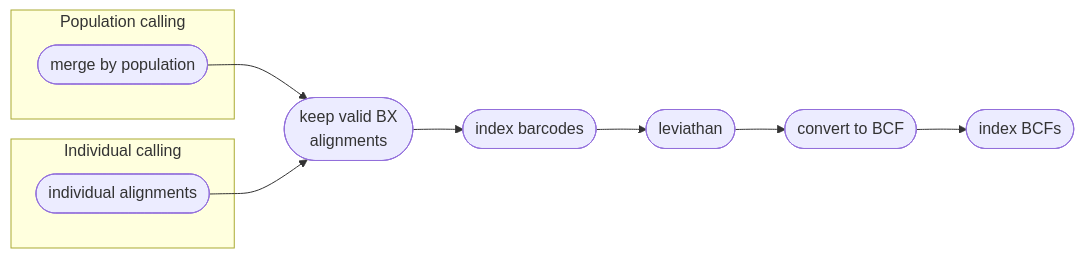
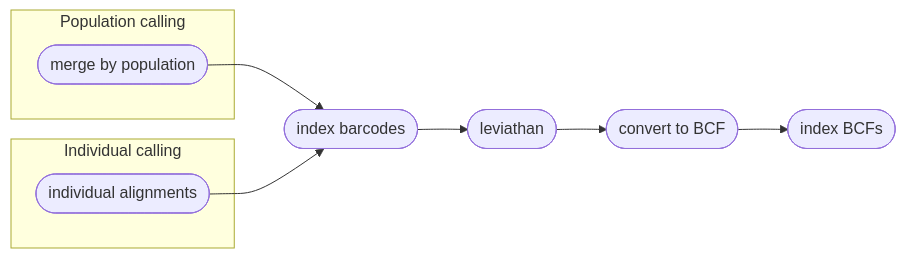
The second of 2 diagrams in Modules/variantcalling.md (pdimens/harpy), drawn with Mermaid before and after one commit. The commit also changed other lines of this file, not shown here.

````diff
--- a/Modules/variantcalling.md
+++ b/Modules/variantcalling.md
@@ -95,15 +93,14 @@
 ```mermaid
 graph LR
     subgraph Population calling
     popsplit([merge by population])
     end
     subgraph Individual calling
     bams([individual alignments])
     end
-    popsplit-->Z
-    bams-->Z
-    Z([keep valid BX </br> alignments])-->A
+    popsplit-->A
+    bams-->A
     A([index barcodes]) --> B([leviathan])
     B-->C([convert to BCF])
     C-->D([index BCFs])
 ```
````
